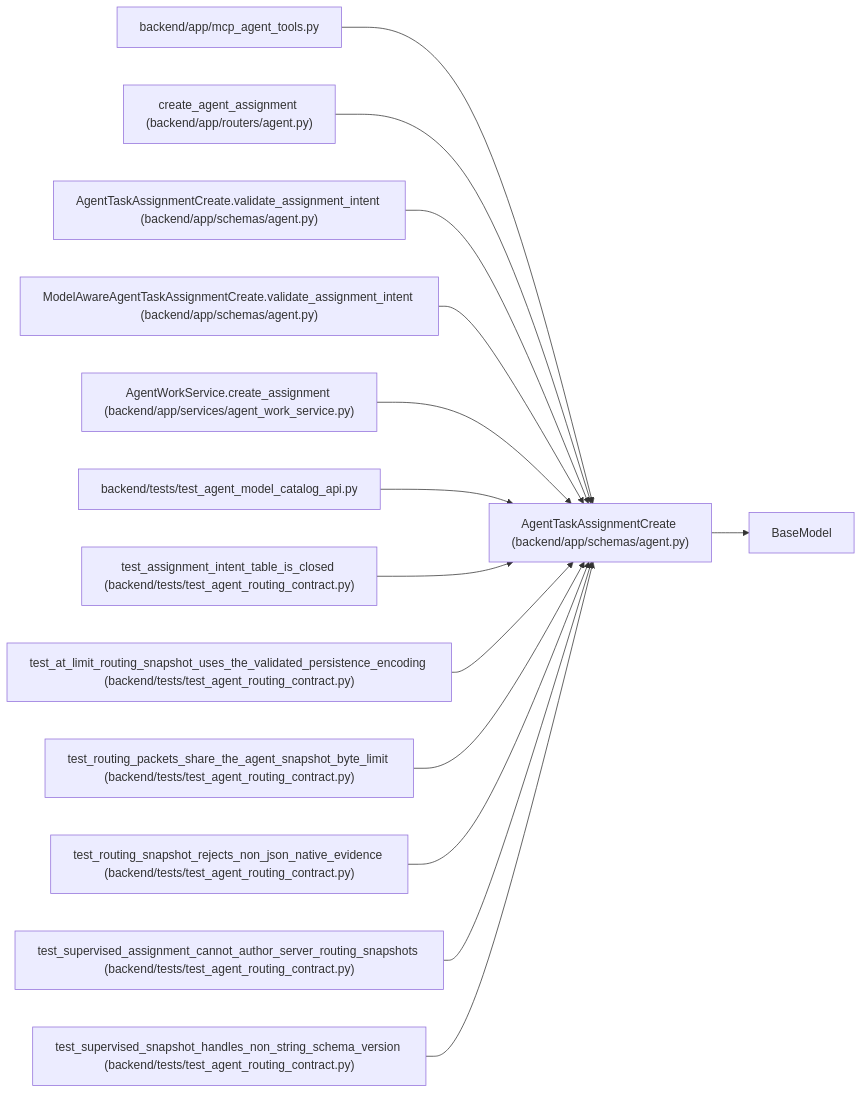
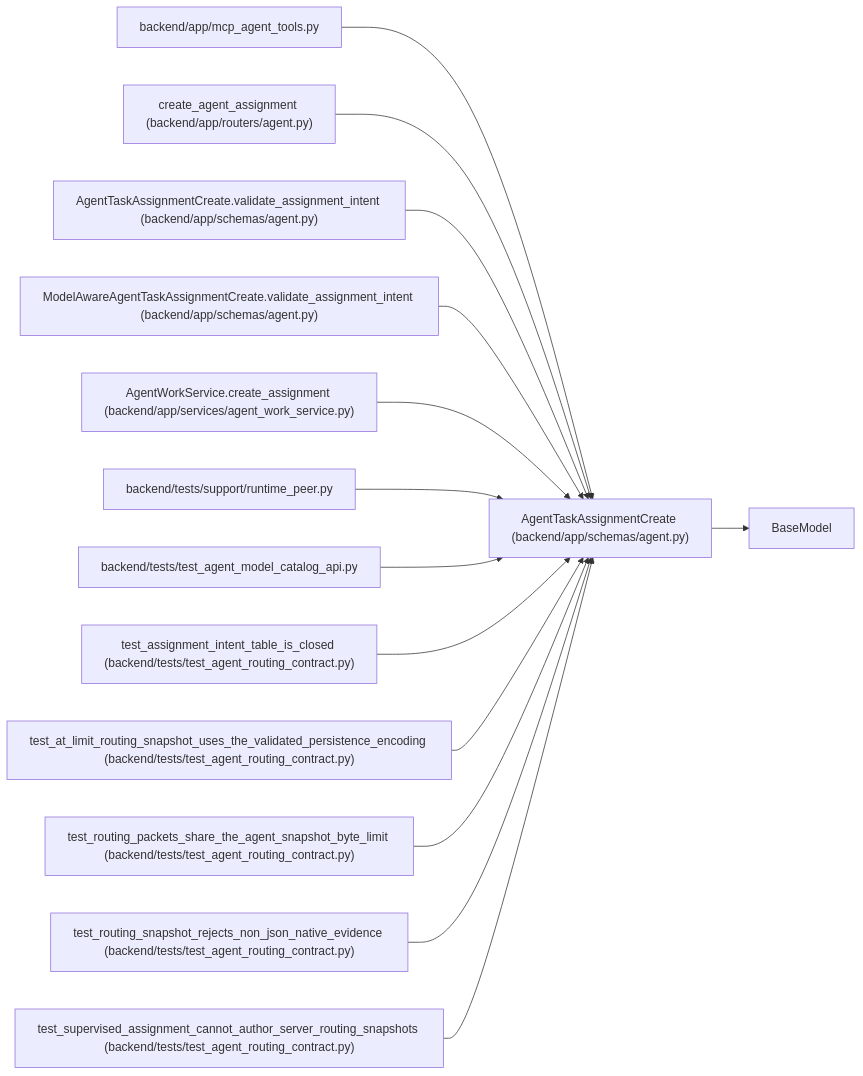
One commit to Denissvgn/WorkChord changed the diagram in docs/llm_wiki/entities/AgentTaskAssignmentCreate.md. Above: the diagram before and after it, drawn with Mermaid. The commit also changed other lines of this file and 6624 other files, not shown here.

First line of the commit message:
Add verified Android workflows and external-agent execution evidence (#8)

````diff
--- a/docs/llm_wiki/entities/AgentTaskAssignmentCreate.md
+++ b/docs/llm_wiki/entities/AgentTaskAssignmentCreate.md
@@ -51,43 +51,43 @@
 ```mermaid
 flowchart LR
     n0["AgentTaskAssignmentCreate (backend/app/schemas/agent.py)"]
     n1["BaseModel"]
     n2["backend/app/mcp_agent_tools.py"]
     n3["create_agent_assignment (backend/app/routers/agent.py)"]
     n4["AgentTaskAssignmentCreate.validate_assignment_intent (backend/app/schemas/agent.py)"]
     n5["ModelAwareAgentTaskAssignmentCreate.validate_assignment_intent (backend/app/schemas/agent.py)"]
     n6["AgentWorkService.create_assignment (backend/app/services/agent_work_service.py)"]
-    n7["backend/tests/test_agent_model_catalog_api.py"]
-    n8["test_assignment_intent_table_is_closed (backend/tests/test_agent_routing_contract.py)"]
-    n9["test_at_limit_routing_snapshot_uses_the_validated_persistence_encoding (backend/tests/test_agent_routing_contract.py)"]
-    n10["test_routing_packets_share_the_agent_snapshot_byte_limit (backend/tests/test_agent_routing_contract.py)"]
-    n11["test_routing_snapshot_rejects_non_json_native_evidence (backend/tests/test_agent_routing_contract.py)"]
-    n12["test_supervised_assignment_cannot_author_server_routing_snapshots (backend/tests/test_agent_routing_contract.py)"]
-    n13["test_supervised_snapshot_handles_non_string_schema_version (backend/tests/test_agent_routing_contract.py)"]
+    n7["backend/tests/support/runtime_peer.py"]
+    n8["backend/tests/test_agent_model_catalog_api.py"]
+    n9["test_assignment_intent_table_is_closed (backend/tests/test_agent_routing_contract.py)"]
+    n10["test_at_limit_routing_snapshot_uses_the_validated_persistence_encoding (backend/tests/test_agent_routing_contract.py)"]
+    n11["test_routing_packets_share_the_agent_snapshot_byte_limit (backend/tests/test_agent_routing_contract.py)"]
+    n12["test_routing_snapshot_rejects_non_json_native_evidence (backend/tests/test_agent_routing_contract.py)"]
+    n13["test_supervised_assignment_cannot_author_server_routing_snapshots (backend/tests/test_agent_routing_contract.py)"]
     n0 --> n1
     n2 --> n0
     n3 --> n0
     n4 --> n0
     n5 --> n0
     n6 --> n0
     n7 --> n0
     n8 --> n0
     n9 --> n0
     n10 --> n0
     n11 --> n0
     n12 --> n0
     n13 --> n0
     click n0 "../modules/schemas_agent.md"
     click n2 "../modules/mcp_agent_tools.md"
     click n3 "../modules/routers_agent.md"
     click n4 "../modules/schemas_agent.md"
     click n5 "../modules/schemas_agent.md"
     click n6 "../modules/agent_work_service.md"
-    click n7 "../modules/test_agent_model_catalog_api.md"
-    click n8 "../modules/test_agent_routing_contract.md"
+    click n7 "../modules/runtime_peer.md"
+    click n8 "../modules/test_agent_model_catalog_api.md"
     click n9 "../modules/test_agent_routing_contract.md"
     click n10 "../modules/test_agent_routing_contract.md"
     click n11 "../modules/test_agent_routing_contract.md"
     click n12 "../modules/test_agent_routing_contract.md"
     click n13 "../modules/test_agent_routing_contract.md"
 ```
````
